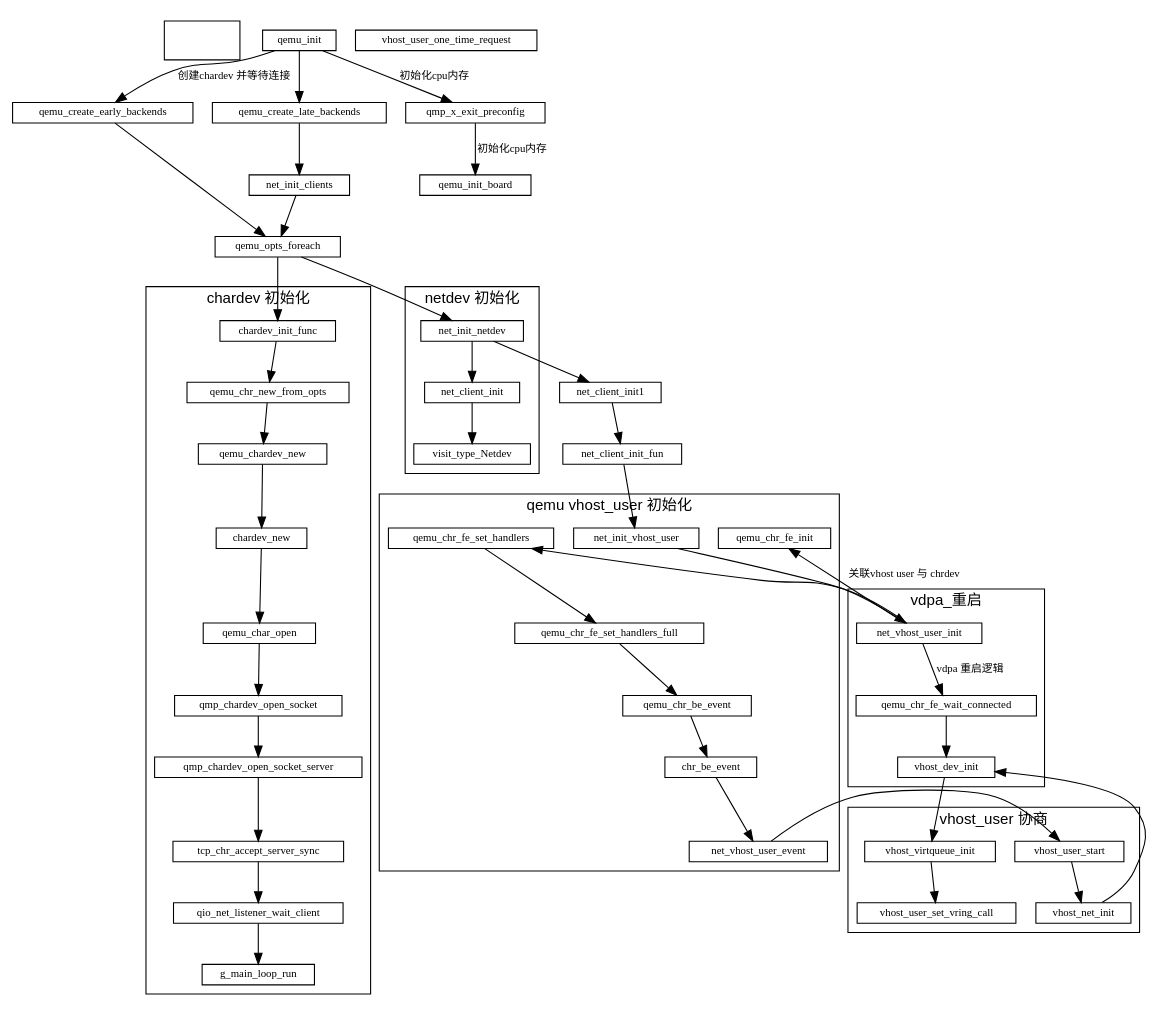
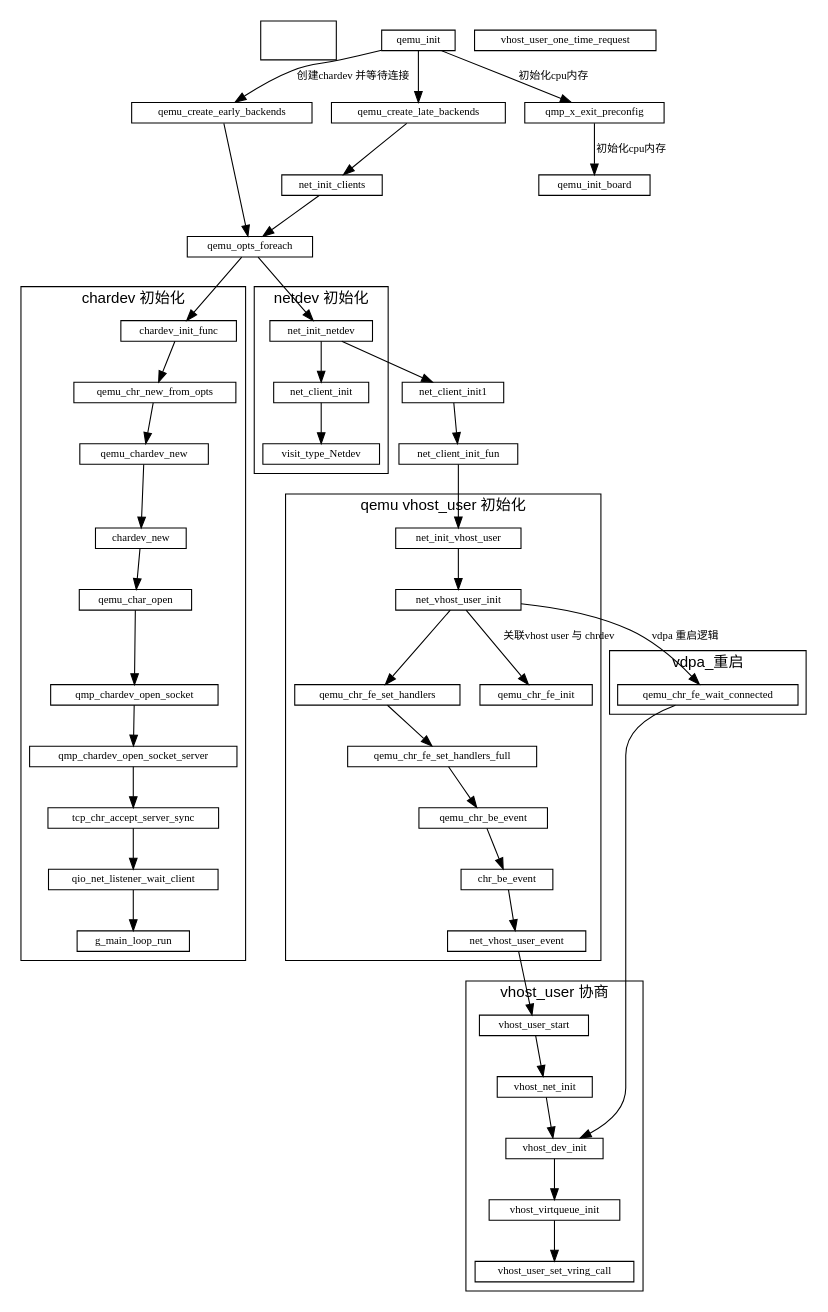
Before and after one commit to sisyphus1212/note: the diagram in qemu/qemu初始化.md, drawn with Graphviz.

Commit message:
auto_update

```diff
--- a/qemu/qemu初始化.md
+++ b/qemu/qemu初始化.md
@@ -38,13 +38,6 @@
     qemu_init -> qmp_x_exit_preconfig
               -> qemu_init_board[label="初始化cpu内存"]
 
-    subgraph vdpa_restart {
-        label="vdpa_重启";
-        cluster=true;
-        net_vhost_user_init -> qemu_chr_fe_wait_connected[label="vdpa 重启逻辑"]
-                               qemu_chr_fe_wait_connected
-                            -> vhost_dev_init
-    }
 
     subgraph netdev_init {
         label="netdev 初始化";
@@ -92,7 +85,13 @@
                              -> vhost_virtqueue_init
                              -> vhost_user_set_vring_call
     }
-
+    subgraph vdpa_restart {
+        label="vdpa_重启";
+        cluster=true;
+        net_vhost_user_init -> qemu_chr_fe_wait_connected[label="vdpa 重启逻辑"]
+                               qemu_chr_fe_wait_connected
+                            -> vhost_dev_init
+    }
     vhost_dev_init
 
     net_vhost_user_event
```
